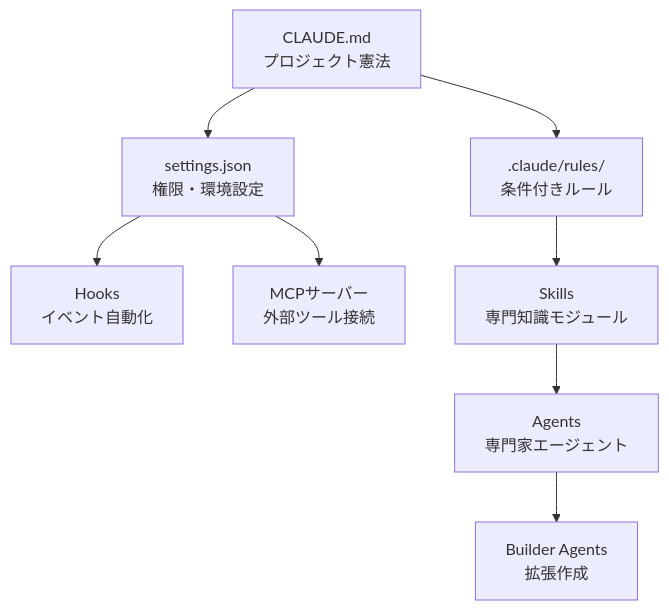
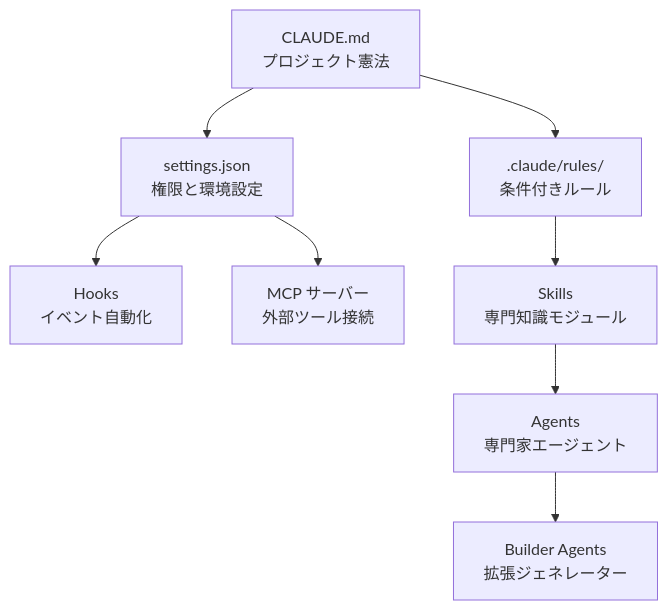
One commit to modu-ai/moai-adk changed the diagram in docs-site/content/ja/advanced/_index.md. Above: the diagram before and after it, drawn with Mermaid. The commit also changed other lines of this file and 395 other files, not shown here.

````diff
--- a/docs-site/content/ja/advanced/_index.md
+++ b/docs-site/content/ja/advanced/_index.md
@@ -17,14 +17,14 @@
 ```mermaid
 flowchart TD
-    CLAUDE["CLAUDE.md<br/>プロジェクト憲法"] --> SETTINGS["settings.json<br/>権限・環境設定"]
-    CLAUDE --> RULES[".claude/rules/<br/>条件付きルール"]
+    CLAUDE["CLAUDE.md<br>プロジェクト憲法"] --> SETTINGS["settings.json<br>権限と環境設定"]
+    CLAUDE --> RULES[".claude/rules/<br>条件付きルール"]
 
-    SETTINGS --> HOOKS["Hooks<br/>イベント自動化"]
-    SETTINGS --> MCP["MCPサーバー<br/>外部ツール接続"]
+    SETTINGS --> HOOKS["Hooks<br>イベント自動化"]
+    SETTINGS --> MCP["MCP サーバー<br>外部ツール接続"]
 
-    RULES --> SKILLS["Skills<br/>専門知識モジュール"]
-    SKILLS --> AGENTS["Agents<br/>専門家エージェント"]
+    RULES --> SKILLS["Skills<br>専門知識モジュール"]
+    SKILLS --> AGENTS["Agents<br>専門家エージェント"]
 
-    AGENTS --> BUILDERS["Builder Agents<br/>拡張作成"]
+    AGENTS --> BUILDERS["Builder Agents<br>拡張ジェネレーター"]
 
 ```
````
